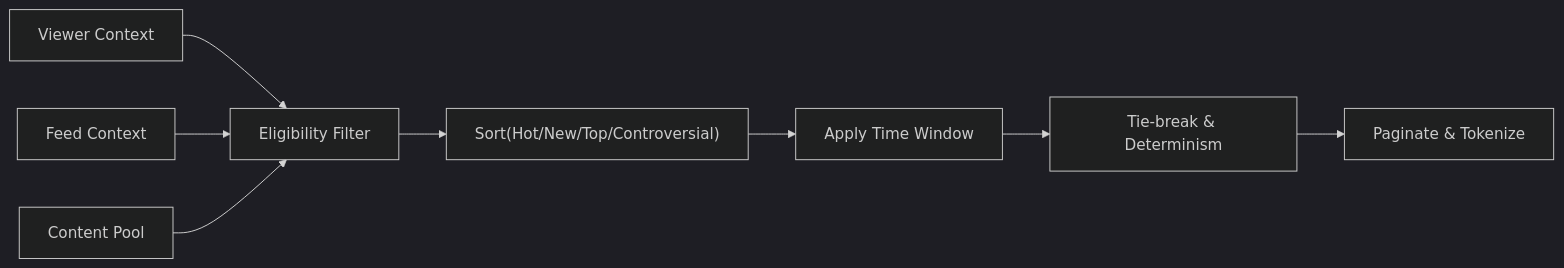
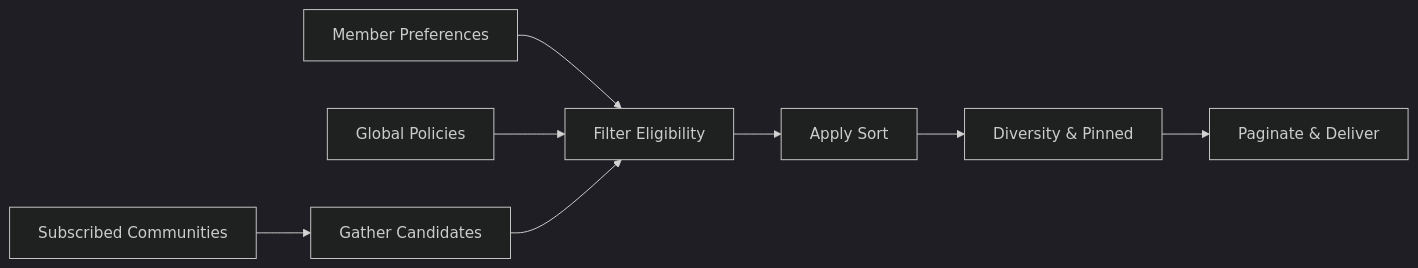
The third of 4 diagrams in openai/gpt-5/reddit/docs/analysis/00-toc.md (wrtnlabs/autobe-examples), drawn with Mermaid (dark theme) before and after one commit. The commit also changed other lines of this file and 16146 other files, not shown here.

````diff
--- a/openai/gpt-5/reddit/docs/analysis/00-toc.md
+++ b/openai/gpt-5/reddit/docs/analysis/00-toc.md
@@ -241,10 +124,10 @@
 ```mermaid
 graph LR
-  A["Viewer Context"] --> D["Eligibility Filter"]
-  B["Feed Context"] --> D
-  C["Content Pool"] --> D
-  D --> E["Sort(Hot/New/Top/Controversial)"]
-  E --> F["Apply Time Window"]
-  F --> G["Tie-break & Determinism"]
-  G --> H["Paginate & Tokenize"]
+  A["Subscribed Communities"] --> D["Gather Candidates"]
+  B["Member Preferences"] --> E["Filter Eligibility"]
+  C["Global Policies"] --> E
+  D --> E
+  E --> F["Apply Sort"]
+  F --> G["Diversity & Pinned"]
+  G --> H["Paginate & Deliver"]
 ```
````
